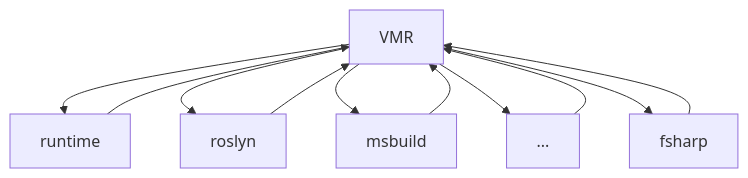
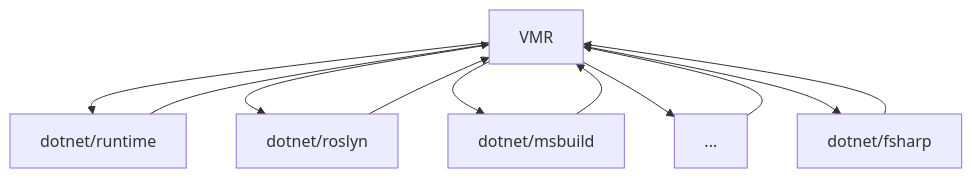
The fourth of 8 diagrams in Documentation/UnifiedBuild/VMR-Managing-SDK-Bands.md (dotnet/arcade), drawn with Mermaid before and after one commit. The commit also changed other lines of this file, not shown here.

````diff
--- a/Documentation/UnifiedBuild/VMR-Managing-SDK-Bands.md
+++ b/Documentation/UnifiedBuild/VMR-Managing-SDK-Bands.md
@@ -263,20 +263,20 @@
 ```mermaid
 flowchart TD
     VMR[VMR]
-    Runtime[runtime]
-    Roslyn[roslyn]
-    MSBuild[msbuild]
-    FSharp[fsharp]
+    Runtime[dotnet/runtime]
+    Roslyn[dotnet/roslyn]
+    MSBuild[dotnet/msbuild]
+    FSharp[dotnet/fsharp]
     Other[...]
 
     Runtime-->VMR
     Roslyn-->VMR
     MSBuild-->VMR
     Other-->VMR
     FSharp-->VMR
     VMR-->Runtime
     VMR-->Roslyn
     VMR-->MSBuild
     VMR-->Other
     VMR-->FSharp
 ```
````
